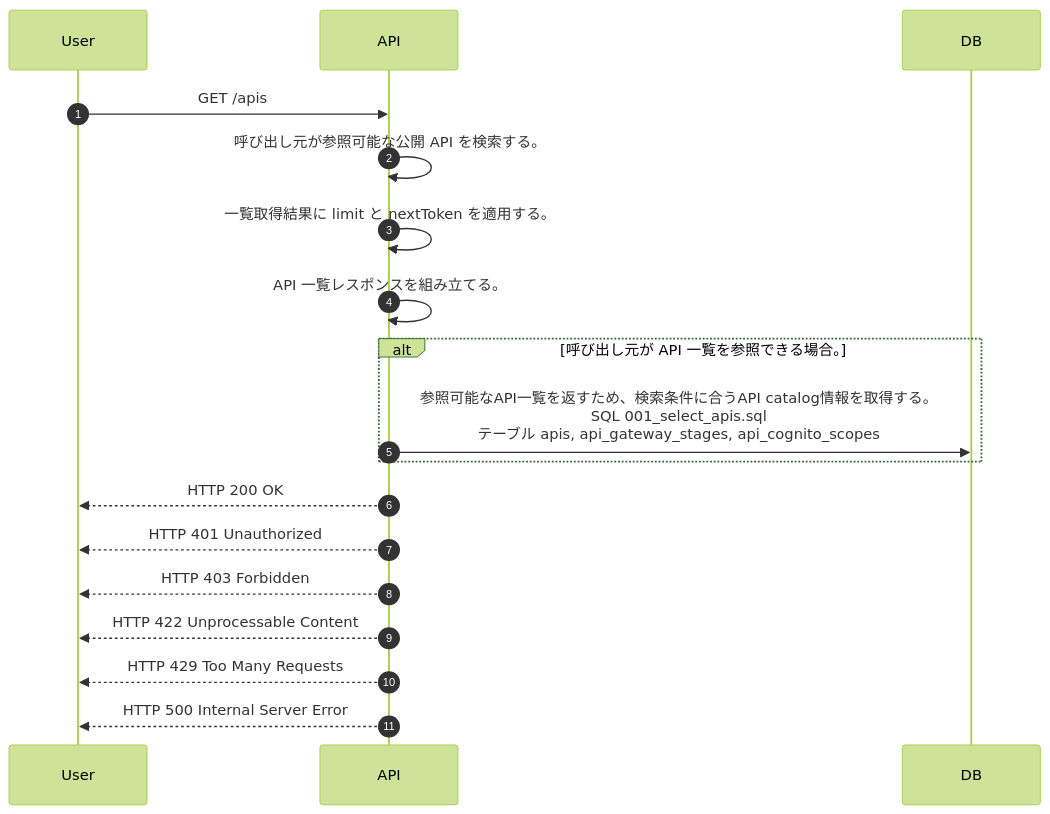
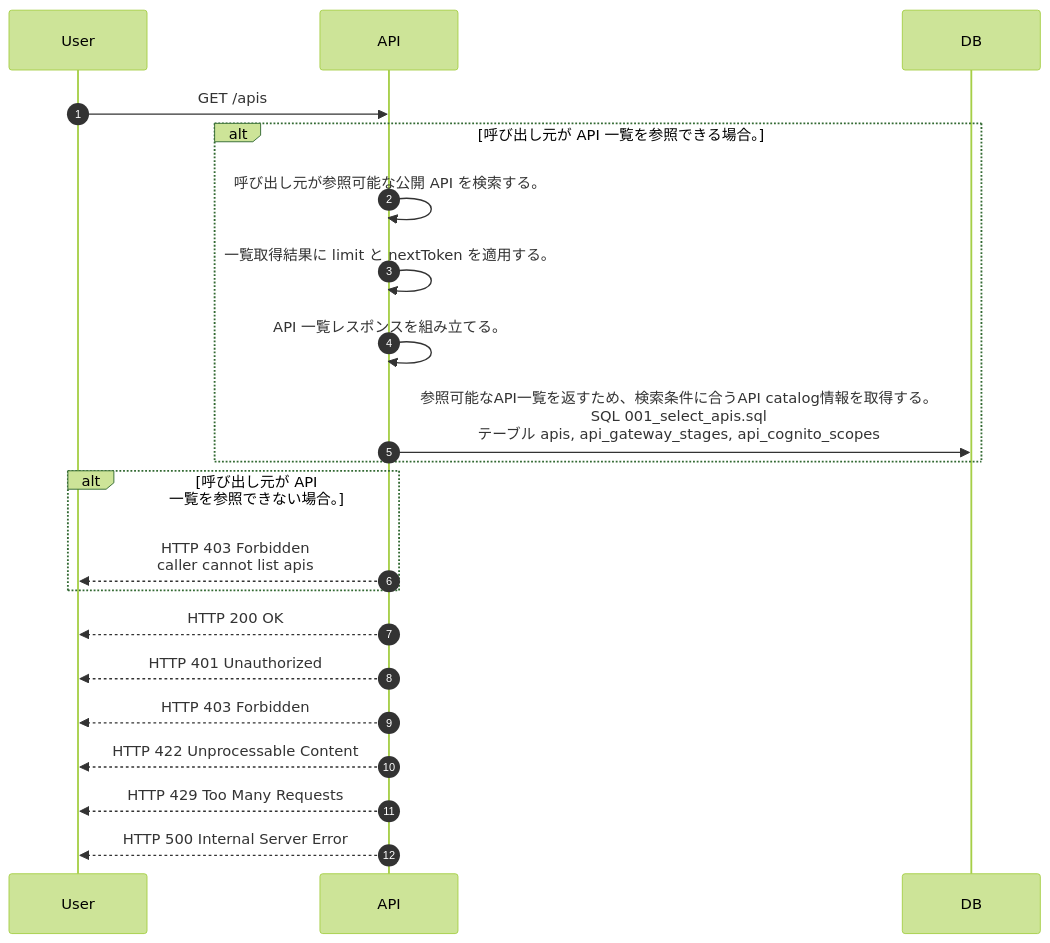
Before and after one commit to tsuji-tomonori/lazunex: the diagram in docs/spec/40.apis/apis/list_apis/sequence_gen.md, drawn with Mermaid (forest theme). The commit also changed 46 other files, not shown here.

````diff
--- a/docs/spec/40.apis/apis/list_apis/sequence_gen.md
+++ b/docs/spec/40.apis/apis/list_apis/sequence_gen.md
@@ -5,20 +5,23 @@
 ```mermaid
 sequenceDiagram
   autonumber
   participant User as User
   participant API as API
   participant DB as DB
   User->>API: GET /apis
-  API->>API: 呼び出し元が参照可能な公開 API を検索する。
-  API->>API: 一覧取得結果に limit と nextToken を適用する。
-  API->>API: API 一覧レスポンスを組み立てる。
   alt 呼び出し元が API 一覧を参照できる場合。
+    API->>API: 呼び出し元が参照可能な公開 API を検索する。
+    API->>API: 一覧取得結果に limit と nextToken を適用する。
+    API->>API: API 一覧レスポンスを組み立てる。
     API->>DB: 参照可能なAPI一覧を返すため、検索条件に合うAPI catalog情報を取得する。<br/>SQL 001_select_apis.sql<br/>テーブル apis, api_gateway_stages, api_cognito_scopes
+  end
+  alt 呼び出し元が API 一覧を参照できない場合。
+    API-->>User: HTTP 403 Forbidden<br/>caller cannot list apis
   end
   API-->>User: HTTP 200 OK
   API-->>User: HTTP 401 Unauthorized
   API-->>User: HTTP 403 Forbidden
   API-->>User: HTTP 422 Unprocessable Content
   API-->>User: HTTP 429 Too Many Requests
   API-->>User: HTTP 500 Internal Server Error
 ```
````
